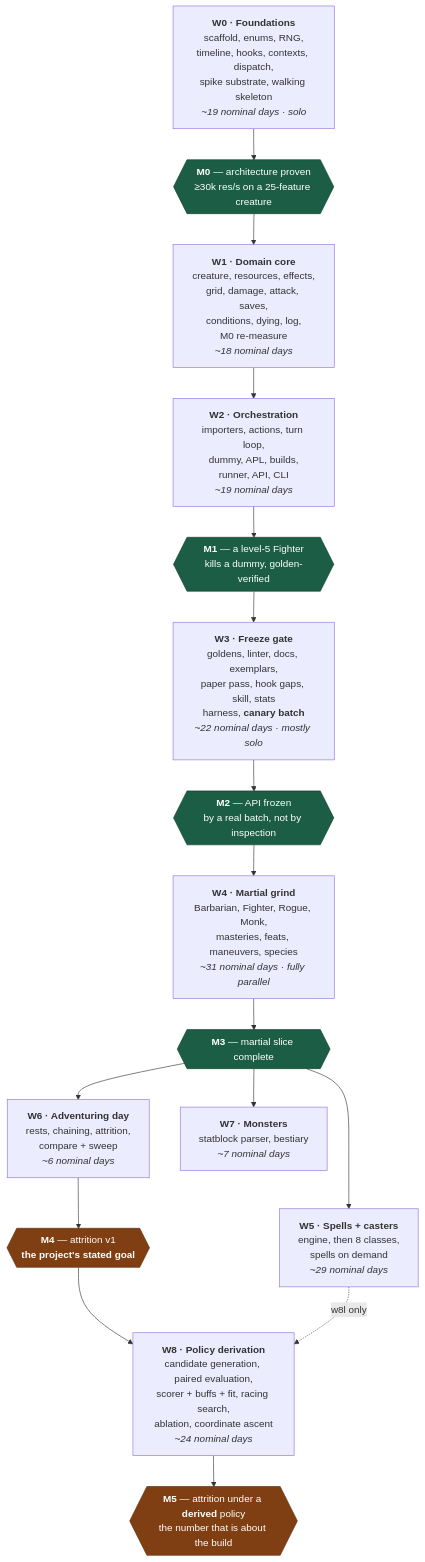
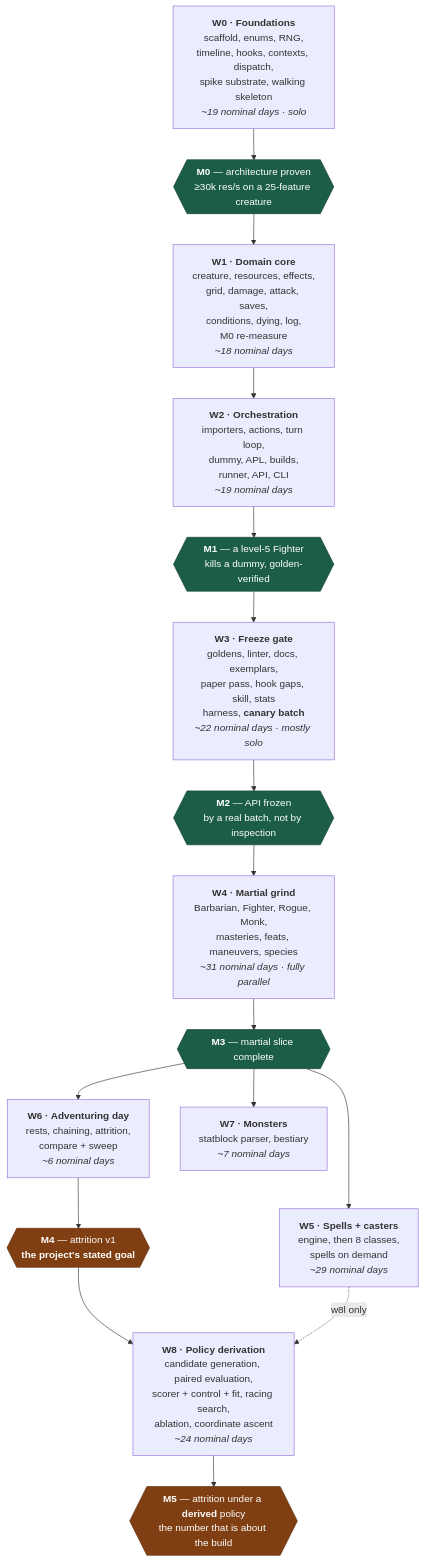
The diagram in ROADMAP.md (Luguza/DnD-Simulator), drawn with Mermaid before and after one commit. The commit also changed other lines of this file and 2 other files, not shown here.

````diff
--- a/ROADMAP.md
+++ b/ROADMAP.md
@@ -89,30 +89,30 @@
 ```mermaid
 flowchart TD
     W0["<b>W0 · Foundations</b><br/>scaffold, enums, RNG,<br/>timeline, hooks, contexts, dispatch,<br/>spike substrate, walking skeleton<br/><i>~19 nominal days · solo</i>"]
     M0{{"<b>M0</b> — architecture proven<br/>≥30k res/s on a 25-feature creature"}}
     W1["<b>W1 · Domain core</b><br/>creature, resources, effects,<br/>grid, damage, attack, saves,<br/>conditions, dying, log,<br/>M0 re-measure<br/><i>~18 nominal days</i>"]
     W2["<b>W2 · Orchestration</b><br/>importers, actions, turn loop,<br/>dummy, APL, builds,<br/>runner, API, CLI<br/><i>~19 nominal days</i>"]
     M1{{"<b>M1</b> — a level-5 Fighter<br/>kills a dummy, golden-verified"}}
     W3["<b>W3 · Freeze gate</b><br/>goldens, linter, docs, exemplars,<br/>paper pass, hook gaps, skill, stats<br/>harness, <b>canary batch</b><br/><i>~22 nominal days · mostly solo</i>"]
     M2{{"<b>M2</b> — API frozen<br/>by a real batch, not by inspection"}}
     W4["<b>W4 · Martial grind</b><br/>Barbarian, Fighter, Rogue, Monk,<br/>masteries, feats, maneuvers, species<br/><i>~31 nominal days · fully parallel</i>"]
     M3{{"<b>M3</b> — martial slice complete"}}
     W5["<b>W5 · Spells + casters</b><br/>engine, then 8 classes,<br/>spells on demand<br/><i>~29 nominal days</i>"]
     W6["<b>W6 · Adventuring day</b><br/>rests, chaining, attrition,<br/>compare + sweep<br/><i>~6 nominal days</i>"]
     M4{{"<b>M4</b> — attrition v1<br/><b>the project's stated goal</b>"}}
     W7["<b>W7 · Monsters</b><br/>statblock parser, bestiary<br/><i>~7 nominal days</i>"]
-    W8["<b>W8 · Policy derivation</b><br/>candidate generation, paired evaluation,<br/>scorer + buffs + fit, racing search,<br/>ablation, coordinate ascent<br/><i>~24 nominal days</i>"]
+    W8["<b>W8 · Policy derivation</b><br/>candidate generation, paired evaluation,<br/>scorer + control + fit, racing search,<br/>ablation, coordinate ascent<br/><i>~24 nominal days</i>"]
     M5{{"<b>M5</b> — attrition under a <b>derived</b> policy<br/>the number that is about the build"}}
 
     W0 --> M0 --> W1 --> W2 --> M1 --> W3 --> M2 --> W4 --> M3
     M3 --> W5
     M3 --> W6 --> M4
     M3 --> W7
     M4 --> W8 --> M5
     W5 -.->|"w8l only"| W8
 
     classDef gate fill:#1b5e45,stroke:#123f2f,color:#ffffff;
     classDef goal fill:#7f3f12,stroke:#5c2d0d,color:#ffffff;
     class M0,M1,M2,M3 gate;
     class M4,M5 goal;
 ```
````
